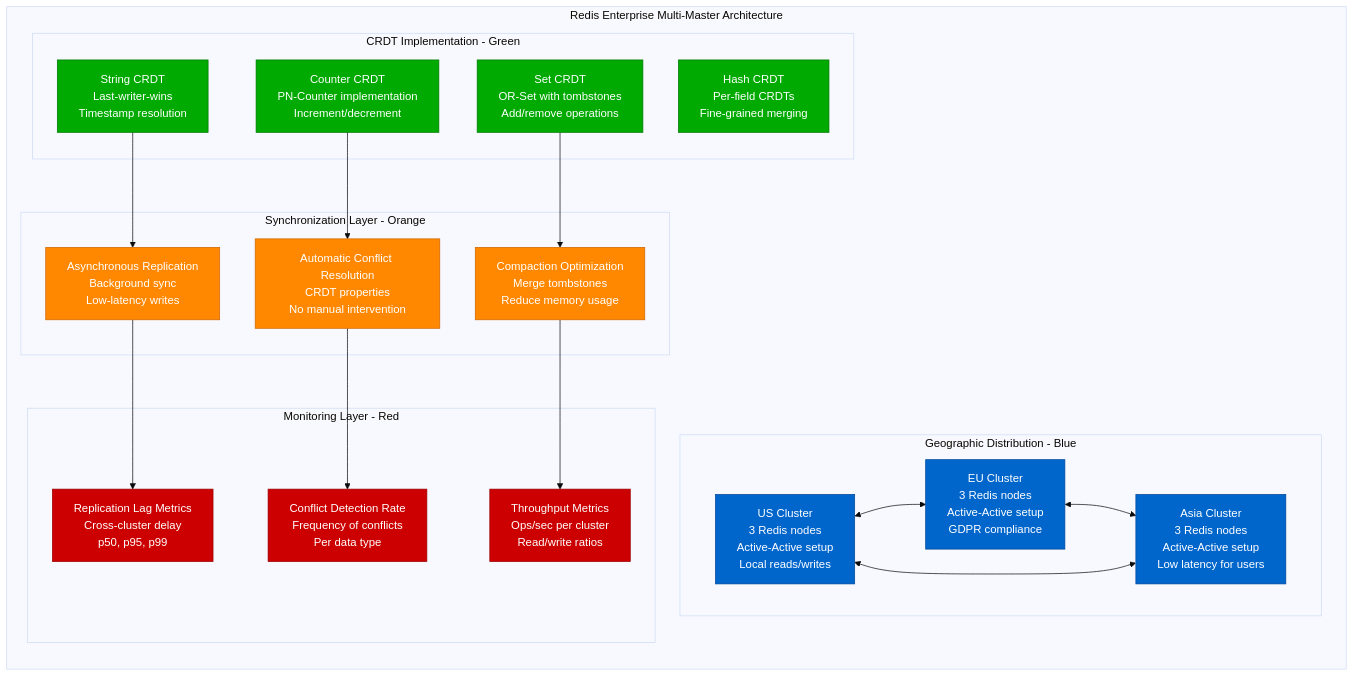
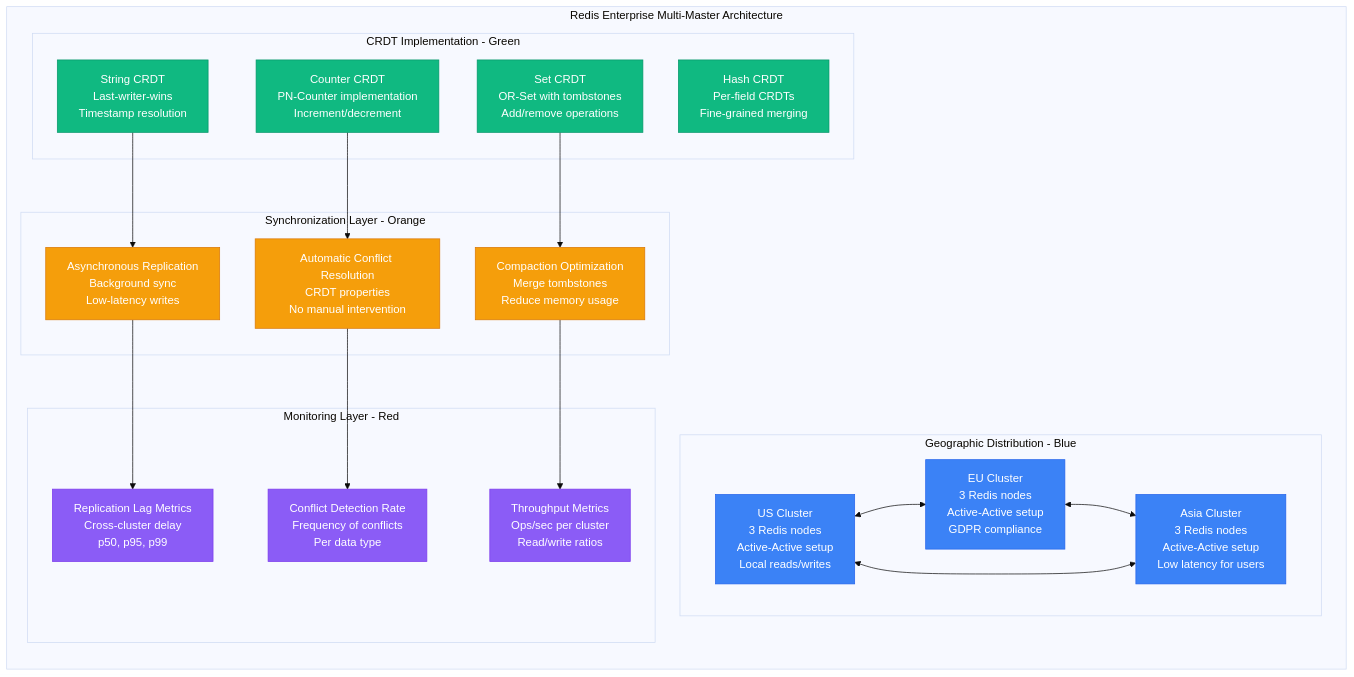
One commit to deepaucksharma/DS changed the fifth of 12 diagrams in site/docs/guarantees/eventual-consistency/eventual-consistency-examples.md. Above: the diagram before and after it, drawn with Mermaid (base theme). The commit also changed other lines of this file and 303 other files, not shown here.

````diff
--- a/site/docs/guarantees/eventual-consistency/eventual-consistency-examples.md
+++ b/site/docs/guarantees/eventual-consistency/eventual-consistency-examples.md
@@ -220,54 +220,54 @@
 ```mermaid
 graph LR
     subgraph RedisEnterprise[Redis Enterprise Multi-Master Architecture]
         subgraph GeographicDistribution[Geographic Distribution - Blue]
             USCluster[US Cluster<br/>3 Redis nodes<br/>Active-Active setup<br/>Local reads/writes]
             EUCluster[EU Cluster<br/>3 Redis nodes<br/>Active-Active setup<br/>GDPR compliance]
             AsiaCluster[Asia Cluster<br/>3 Redis nodes<br/>Active-Active setup<br/>Low latency for users]
         end
 
         subgraph CRDTImplementation[CRDT Implementation - Green]
             StringCRDT[String CRDT<br/>Last-writer-wins<br/>Timestamp resolution]
             CounterCRDT[Counter CRDT<br/>PN-Counter implementation<br/>Increment/decrement]
             SetCRDT[Set CRDT<br/>OR-Set with tombstones<br/>Add/remove operations]
             HashCRDT[Hash CRDT<br/>Per-field CRDTs<br/>Fine-grained merging]
         end
 
         subgraph SynchronizationLayer[Synchronization Layer - Orange]
             AsyncRepl[Asynchronous Replication<br/>Background sync<br/>Low-latency writes]
             ConflictRes[Automatic Conflict Resolution<br/>CRDT properties<br/>No manual intervention]
             CompactionOpt[Compaction Optimization<br/>Merge tombstones<br/>Reduce memory usage]
         end
 
         subgraph MonitoringLayer[Monitoring Layer - Red]
             RepLag[Replication Lag Metrics<br/>Cross-cluster delay<br/>p50, p95, p99]
             ConflictRate[Conflict Detection Rate<br/>Frequency of conflicts<br/>Per data type]
             ThroughputMetrics[Throughput Metrics<br/>Ops/sec per cluster<br/>Read/write ratios]
         end
     end
 
     %% Cross-cluster replication
     USCluster <--> EUCluster
     EUCluster <--> AsiaCluster
     AsiaCluster <--> USCluster
 
     %% CRDT types
     StringCRDT --> AsyncRepl
     CounterCRDT --> ConflictRes
     SetCRDT --> CompactionOpt
 
     %% Monitoring
     AsyncRepl --> RepLag
     ConflictRes --> ConflictRate
     CompactionOpt --> ThroughputMetrics
 
-    classDef geoStyle fill:#0066CC,stroke:#004499,color:#fff
-    classDef crdtStyle fill:#00AA00,stroke:#007700,color:#fff
-    classDef syncStyle fill:#FF8800,stroke:#CC6600,color:#fff
-    classDef monitorStyle fill:#CC0000,stroke:#990000,color:#fff
+    classDef geoStyle fill:#3B82F6,stroke:#2563EB,color:#fff
+    classDef crdtStyle fill:#10B981,stroke:#059669,color:#fff
+    classDef syncStyle fill:#F59E0B,stroke:#D97706,color:#fff
+    classDef monitorStyle fill:#8B5CF6,stroke:#7C3AED,color:#fff
 
     class USCluster,EUCluster,AsiaCluster geoStyle
     class StringCRDT,CounterCRDT,SetCRDT,HashCRDT crdtStyle
     class AsyncRepl,ConflictRes,CompactionOpt syncStyle
     class RepLag,ConflictRate,ThroughputMetrics monitorStyle
 ```
````
